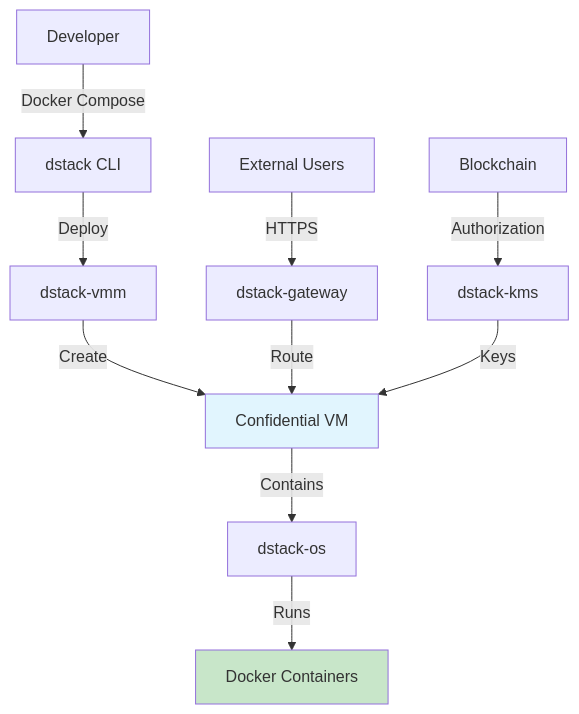
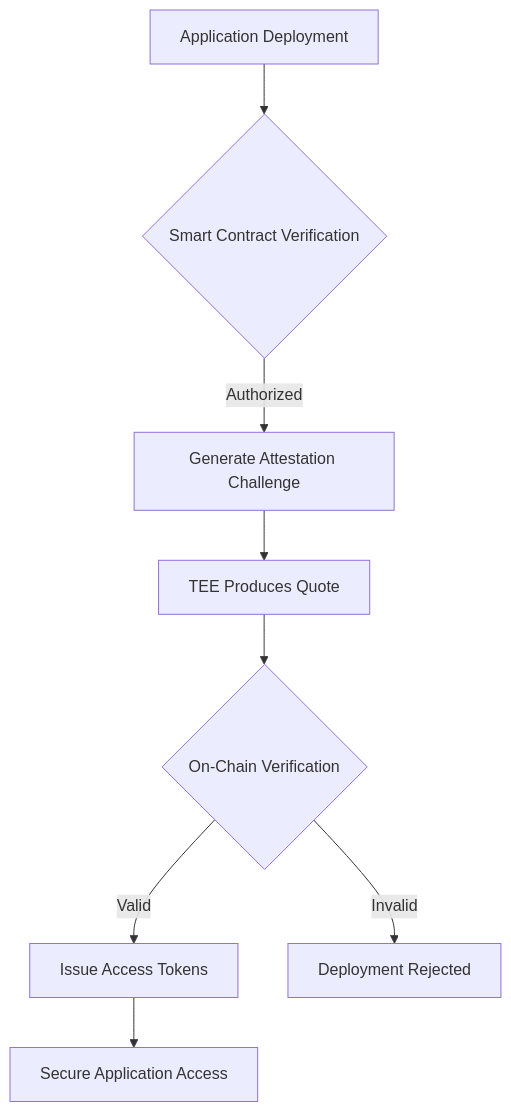
Before and after one commit to Dstack-TEE/dstack: the diagram in docs/overview/what-is-dstack.mdx, drawn with Mermaid. The commit also changed other lines of this file and 10 other files, not shown here.

````diff
--- a/docs/overview/what-is-dstack.mdx
+++ b/docs/overview/what-is-dstack.mdx
@@ -122,17 +192,10 @@
 ```mermaid
 graph TD
-    A[Developer] -->|Docker Compose| B[dstack CLI]
-    B -->|Deploy| C[dstack-vmm]
-    C -->|Create| D[Confidential VM]
-    D -->|Contains| E[dstack-os]
-    E -->|Runs| F[Docker Containers]
-    
-    G[External Users] -->|HTTPS| H[dstack-gateway]
-    H -->|Route| D
-    
-    I[dstack-kms] -->|Keys| D
-    J[Blockchain] -->|Authorization| I
-    
-    style D fill:#e1f5fe
-    style F fill:#c8e6c9
+    A[Application Deployment] --> B{Smart Contract Verification}
+    B -->|Authorized| C[Generate Attestation Challenge]
+    C --> D[TEE Produces Quote]
+    D --> E{On-Chain Verification}
+    E -->|Valid| F[Issue Access Tokens]
+    E -->|Invalid| G[Deployment Rejected]
+    F --> H[Secure Application Access]
 ```
````
